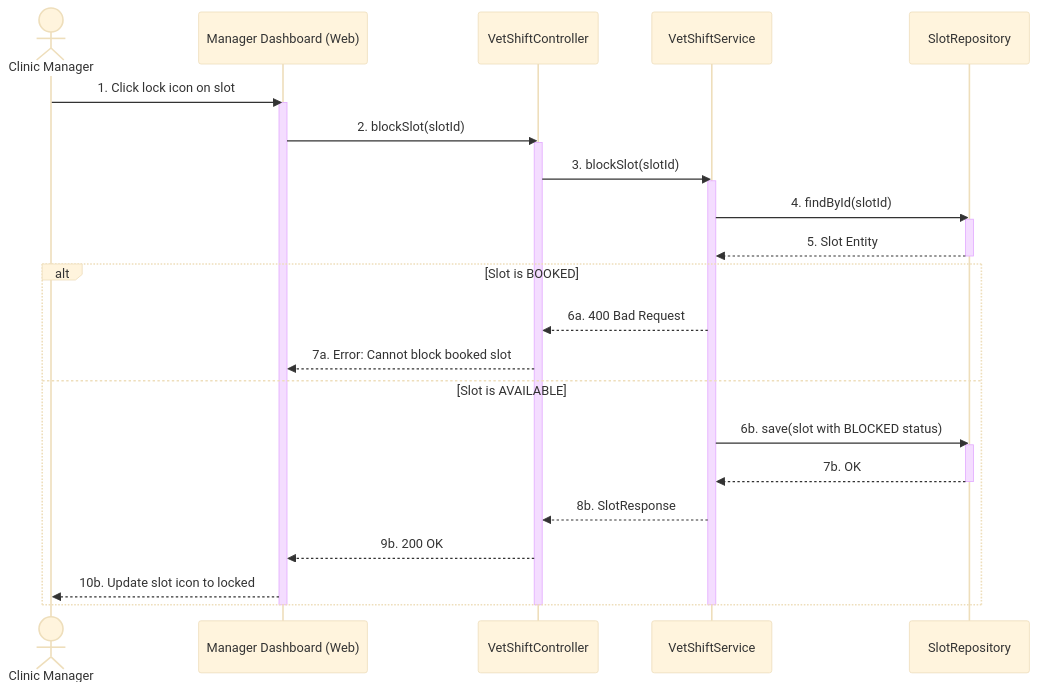
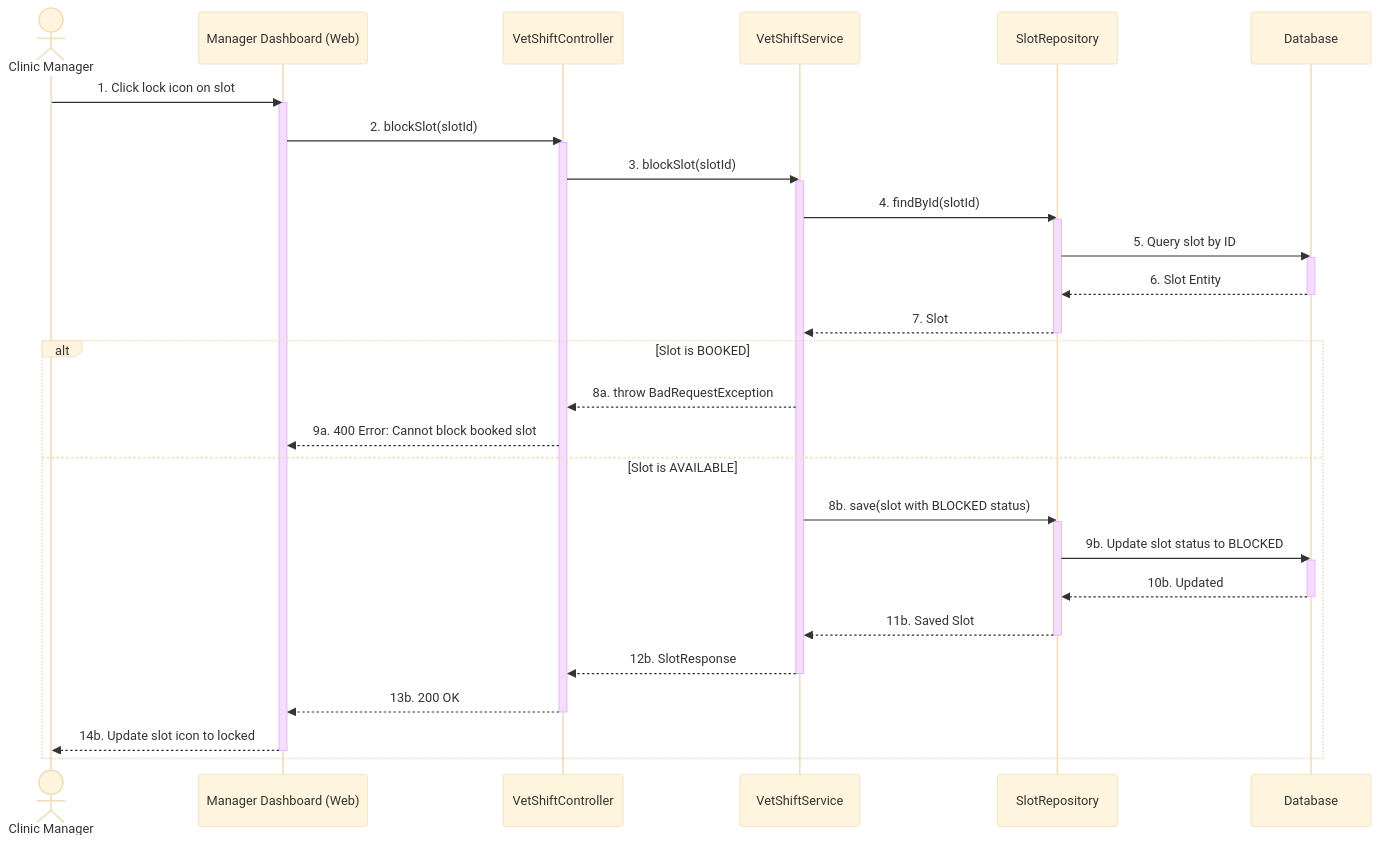
One commit to espresso23/Petties-Veterinary-Appointment-Booking-Platform changed diagram 30 of 42 in docs-references/documentation/SDD/REPORT_4_SDD_SYSTEM_DESIGN.md. Above: the diagram before and after it, drawn with Mermaid (base theme). The commit also changed other lines of this file and 15 other files, not shown here.

````diff
--- a/docs-references/documentation/SDD/REPORT_4_SDD_SYSTEM_DESIGN.md
+++ b/docs-references/documentation/SDD/REPORT_4_SDD_SYSTEM_DESIGN.md
@@ -2133,34 +2402,43 @@
 ```mermaid
 sequenceDiagram
     actor M as Clinic Manager
     participant UI as Manager Dashboard (Web)
     participant C as VetShiftController
     participant S as VetShiftService
     participant SR as SlotRepository
+    participant DB as Database
 
     M->>UI: 1. Click lock icon on slot
     activate UI
     UI->>C: 2. blockSlot(slotId)
     activate C
     C->>S: 3. blockSlot(slotId)
     activate S
     S->>SR: 4. findById(slotId)
     activate SR
-    SR-->>S: 5. Slot Entity
+    SR->>DB: 5. Query slot by ID
+    activate DB
+    DB-->>SR: 6. Slot Entity
+    deactivate DB
+    SR-->>S: 7. Slot
     deactivate SR
     alt Slot is BOOKED
-        S-->>C: 6a. 400 Bad Request
-        C-->>UI: 7a. Error: Cannot block booked slot
+        S-->>C: 8a. throw BadRequestException
+        C-->>UI: 9a. 400 Error: Cannot block booked slot
     else Slot is AVAILABLE
-        S->>SR: 6b. save(slot with BLOCKED status)
+        S->>SR: 8b. save(slot with BLOCKED status)
         activate SR
-        SR-->>S: 7b. OK
+        SR->>DB: 9b. Update slot status to BLOCKED
+        activate DB
+        DB-->>SR: 10b. Updated
+        deactivate DB
+        SR-->>S: 11b. Saved Slot
         deactivate SR
-        S-->>C: 8b. SlotResponse
-        C-->>UI: 9b. 200 OK
-        UI-->>M: 10b. Update slot icon to locked
+        S-->>C: 12b. SlotResponse
+        deactivate S
+        C-->>UI: 13b. 200 OK
+        deactivate C
+        UI-->>M: 14b. Update slot icon to locked
+        deactivate UI
     end
-    deactivate S
-    deactivate C
-    deactivate UI
 ```
````
